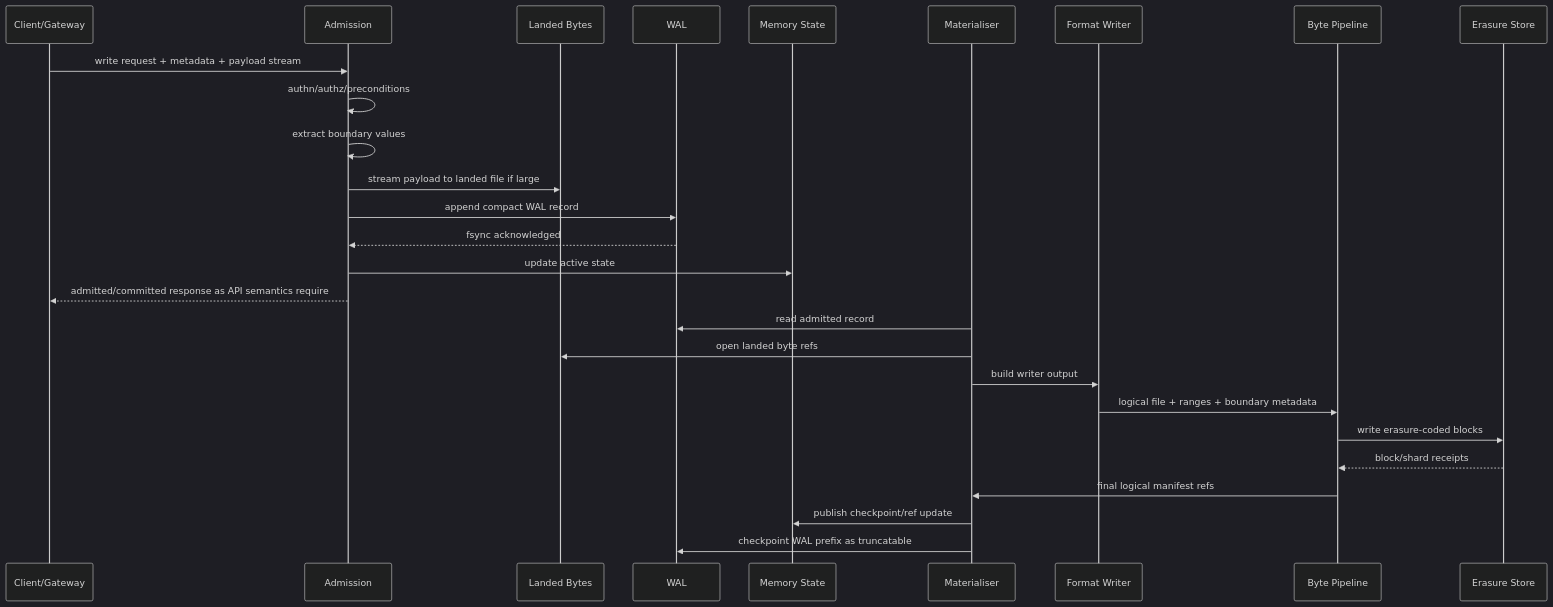
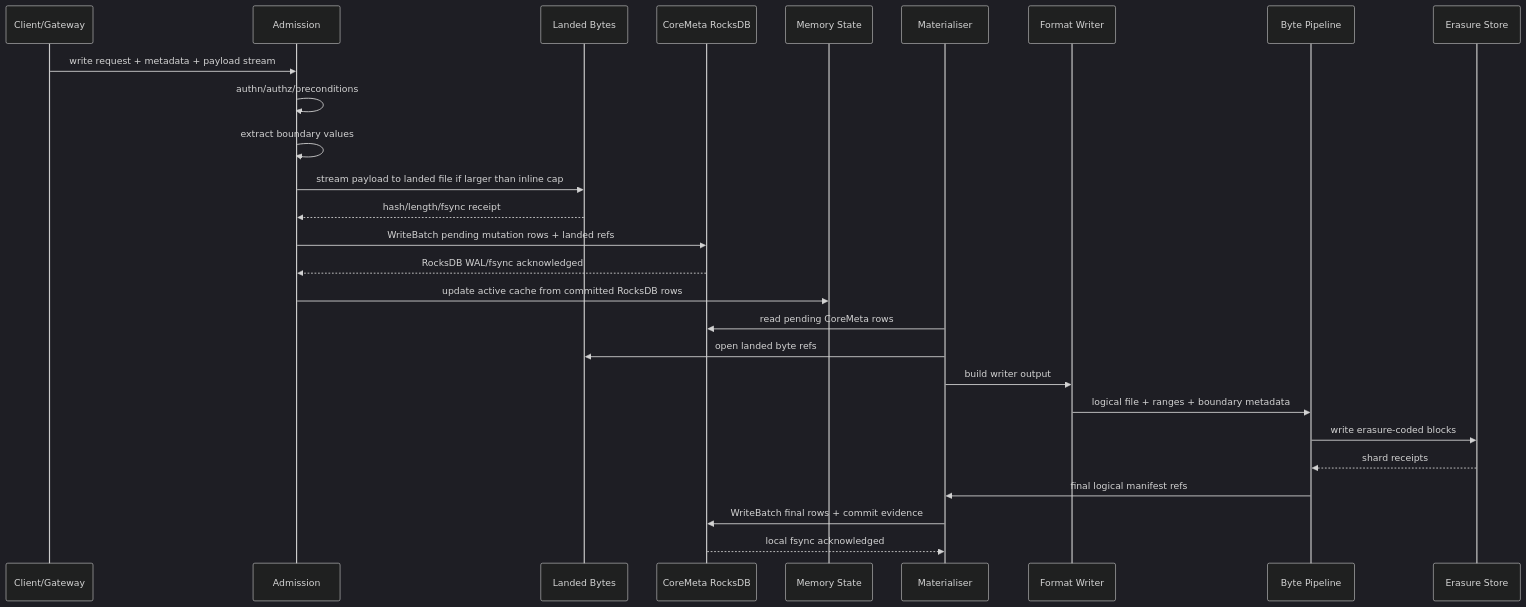
One commit to worka-ai/anvil changed the first of 5 diagrams in docs/rfcs/anvil_0007_corestore_unified_storage_manifest.md. Above: the diagram before and after it, drawn with Mermaid (dark theme). The commit also changed other lines of this file, not shown here.

Commit message:
Update CoreStore RFC for RocksDB metadata plane

````diff
--- a/docs/rfcs/anvil_0007_corestore_unified_storage_manifest.md
+++ b/docs/rfcs/anvil_0007_corestore_unified_storage_manifest.md
@@ -347,30 +911,30 @@
 ```mermaid
 sequenceDiagram
     participant C as Client/Gateway
     participant A as Admission
     participant L as Landed Bytes
-    participant W as WAL
+    participant R as CoreMeta RocksDB
     participant M as Memory State
     participant Q as Materialiser
     participant F as Format Writer
     participant B as Byte Pipeline
     participant E as Erasure Store
 
     C->>A: write request + metadata + payload stream
     A->>A: authn/authz/preconditions
     A->>A: extract boundary values
-    A->>L: stream payload to landed file if large
-    A->>W: append compact WAL record
-    W-->>A: fsync acknowledged
-    A->>M: update active state
-    A-->>C: admitted/committed response as API semantics require
-    Q->>W: read admitted record
+    A->>L: stream payload to landed file if larger than inline cap
+    L-->>A: hash/length/fsync receipt
+    A->>R: WriteBatch pending mutation rows + landed refs
+    R-->>A: RocksDB WAL/fsync acknowledged
+    A->>M: update active cache from committed RocksDB rows
+    Q->>R: read pending CoreMeta rows
     Q->>L: open landed byte refs
     Q->>F: build writer output
     F->>B: logical file + ranges + boundary metadata
     B->>E: write erasure-coded blocks
-    E-->>B: block/shard receipts
+    E-->>B: shard receipts
     B->>Q: final logical manifest refs
-    Q->>M: publish checkpoint/ref update
-    Q->>W: checkpoint WAL prefix as truncatable
+    Q->>R: WriteBatch final rows + commit evidence
+    R-->>Q: local fsync acknowledged
 ```
````
